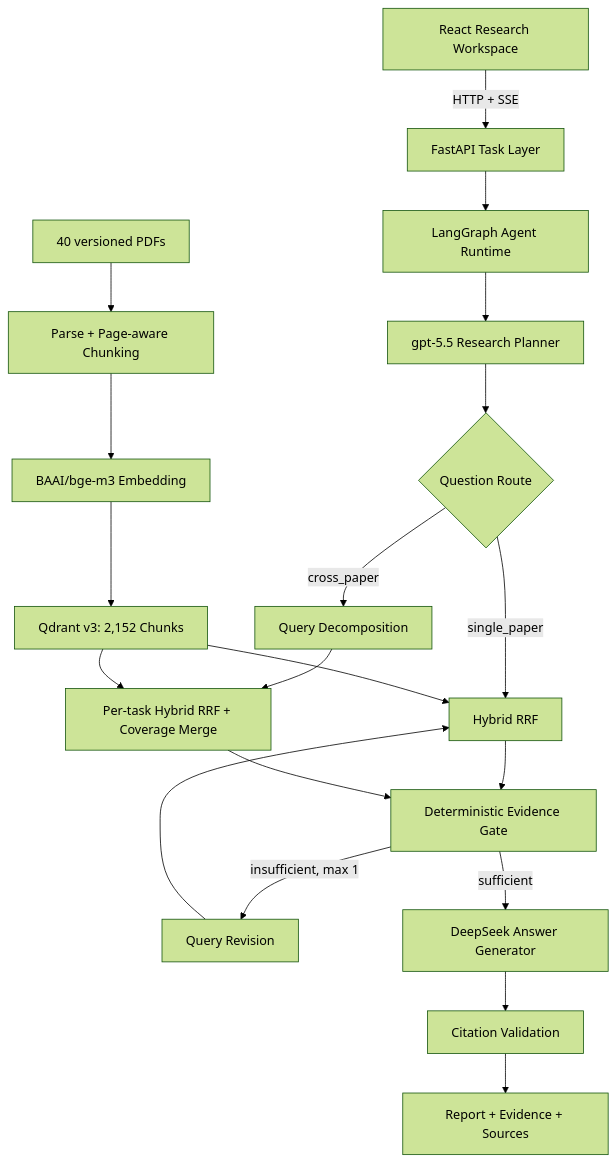
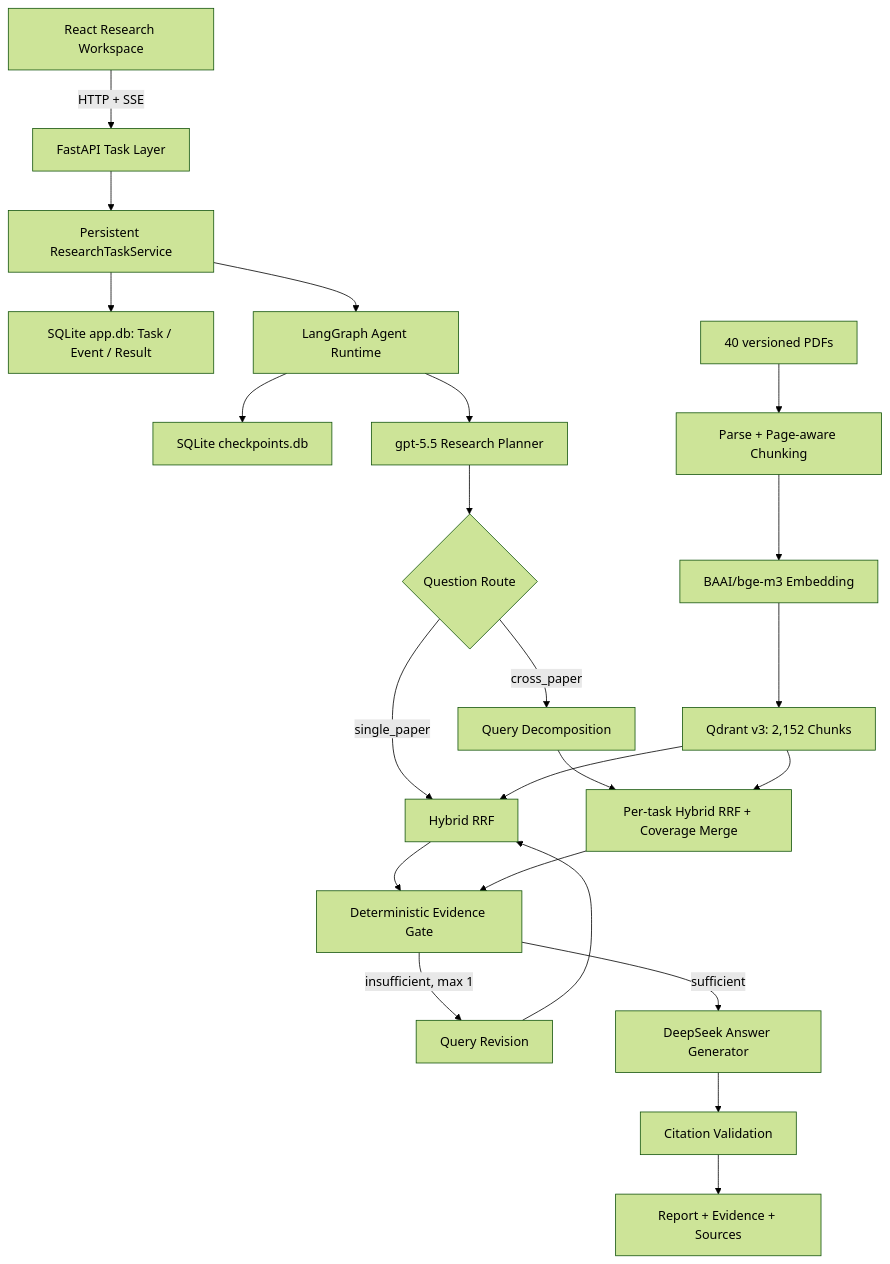
One commit to Trip1eL/paper-research-copilot changed the diagram in docs/architecture.md. Above: the diagram before and after it, drawn with Mermaid (forest theme). The commit also changed other lines of this file and 35 other files, not shown here.

Commit message:
feat: add durable SQLite research runtime

````diff
--- a/docs/architecture.md
+++ b/docs/architecture.md
@@ -14,23 +14,26 @@
 ```mermaid
 flowchart TD
     UI["React Research Workspace"] -->|"HTTP + SSE"| API["FastAPI Task Layer"]
-    API --> LG["LangGraph Agent Runtime"]
+    API --> TS["Persistent ResearchTaskService"]
+    TS --> APPDB["SQLite app.db: Task / Event / Result"]
+    TS --> LG["LangGraph Agent Runtime"]
+    LG --> CP["SQLite checkpoints.db"]
     LG --> P["gpt-5.5 Research Planner"]
     P --> R{"Question Route"}
     R -->|"single_paper"| H["Hybrid RRF"]
     R -->|"cross_paper"| D["Query Decomposition"]
     D --> C["Per-task Hybrid RRF + Coverage Merge"]
     H --> G["Deterministic Evidence Gate"]
     C --> G
     G -->|"insufficient, max 1"| Q["Query Revision"]
     Q --> H
     G -->|"sufficient"| A["DeepSeek Answer Generator"]
     A --> V["Citation Validation"]
     V --> O["Report + Evidence + Sources"]
 
     PDF["40 versioned PDFs"] --> PARSE["Parse + Page-aware Chunking"]
     PARSE --> EMB["BAAI/bge-m3 Embedding"]
     EMB --> QD["Qdrant v3: 2,152 Chunks"]
     QD --> H
     QD --> C
 ```
````
